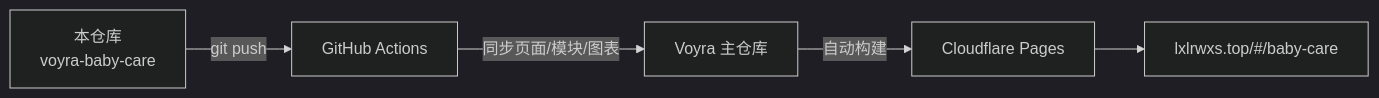
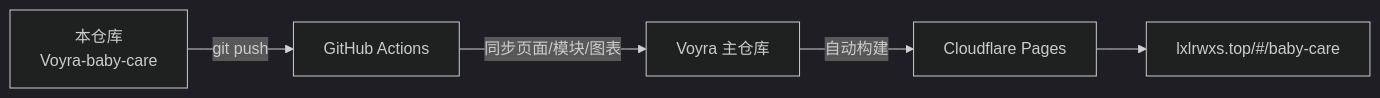
One commit to liixnglinb/voyra-baby-care changed the diagram in README.md. Above: the diagram before and after it, drawn with Mermaid (dark theme). The commit also changed other lines of this file, not shown here.

Commit message:
docs: repo renamed voyra-baby-care -> Voyra-baby-care, update README links

````diff
--- a/README.md
+++ b/README.md
@@ -68,7 +68,7 @@
 ```mermaid
 flowchart LR
-  A["本仓库<br/>voyra-baby-care"] -->|git push| B["GitHub Actions"]
+  A["本仓库<br/>Voyra-baby-care"] -->|git push| B["GitHub Actions"]
   B -->|同步页面/模块/图表| C["Voyra 主仓库"]
   C -->|自动构建| D["Cloudflare Pages"]
   D --> E["lxlrwxs.top/#/baby-care"]
 ```
````
